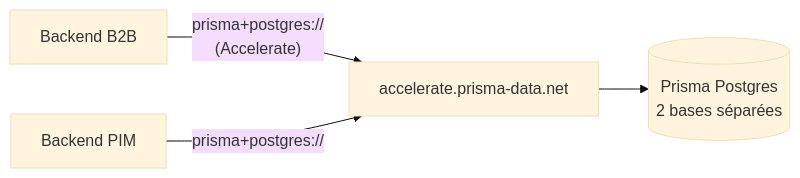
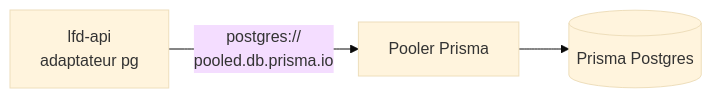
One commit to hugoheynard/lfd changed the third of 3 diagrams in documentation/ci-cd/architecture-deploiement.md. Above: the diagram before and after it, drawn with Mermaid (base theme). The commit also changed other lines of this file and 19 other files, not shown here.

````diff
--- a/documentation/ci-cd/architecture-deploiement.md
+++ b/documentation/ci-cd/architecture-deploiement.md
@@ -149,6 +149,5 @@
 ```mermaid
 flowchart LR
-    B2B["Backend B2B"] -->|"prisma+postgres://<br/>(Accelerate)"| A["accelerate.prisma-data.net"]
-    PIM["Backend PIM"] -->|"prisma+postgres://"| A
-    A --> DB[("Prisma Postgres<br/>2 bases séparées")]
+    API["lfd-api<br/>adaptateur pg"] -->|"postgres://<br/>pooled.db.prisma.io"| P["Pooler Prisma"]
+    P --> DB[("Prisma Postgres")]
 ```
````
